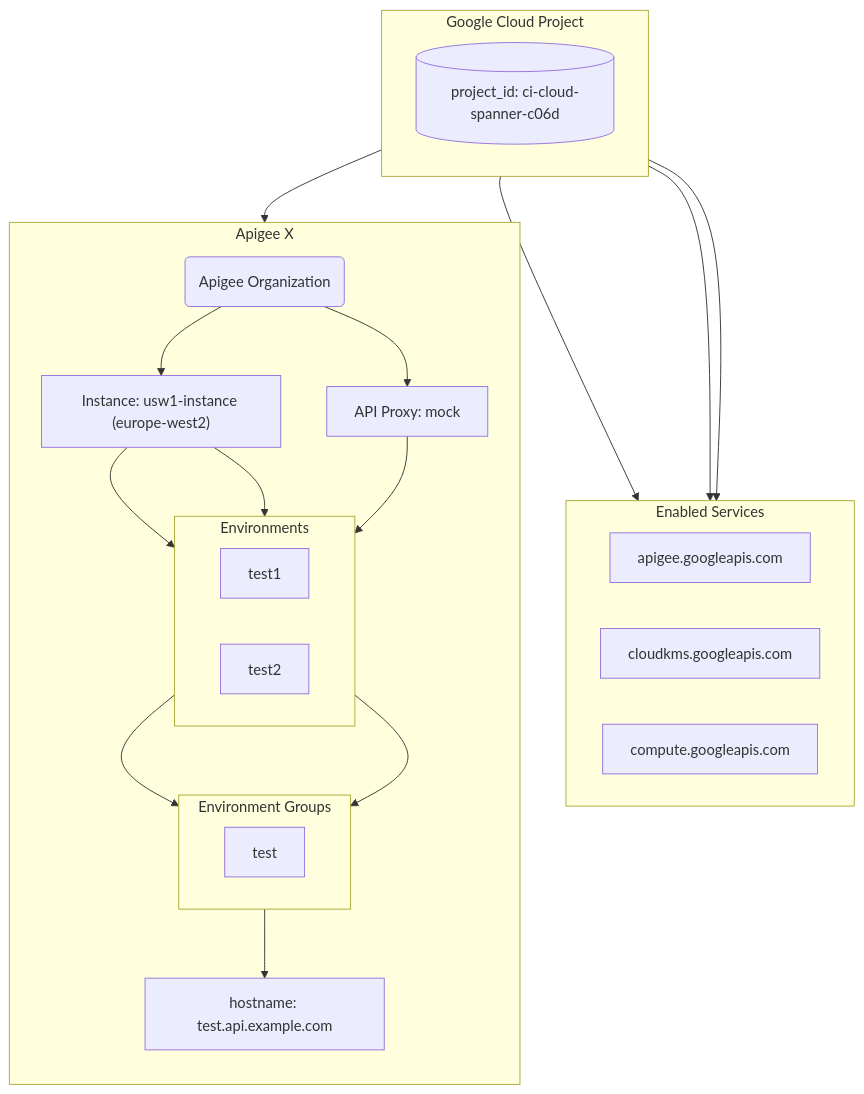
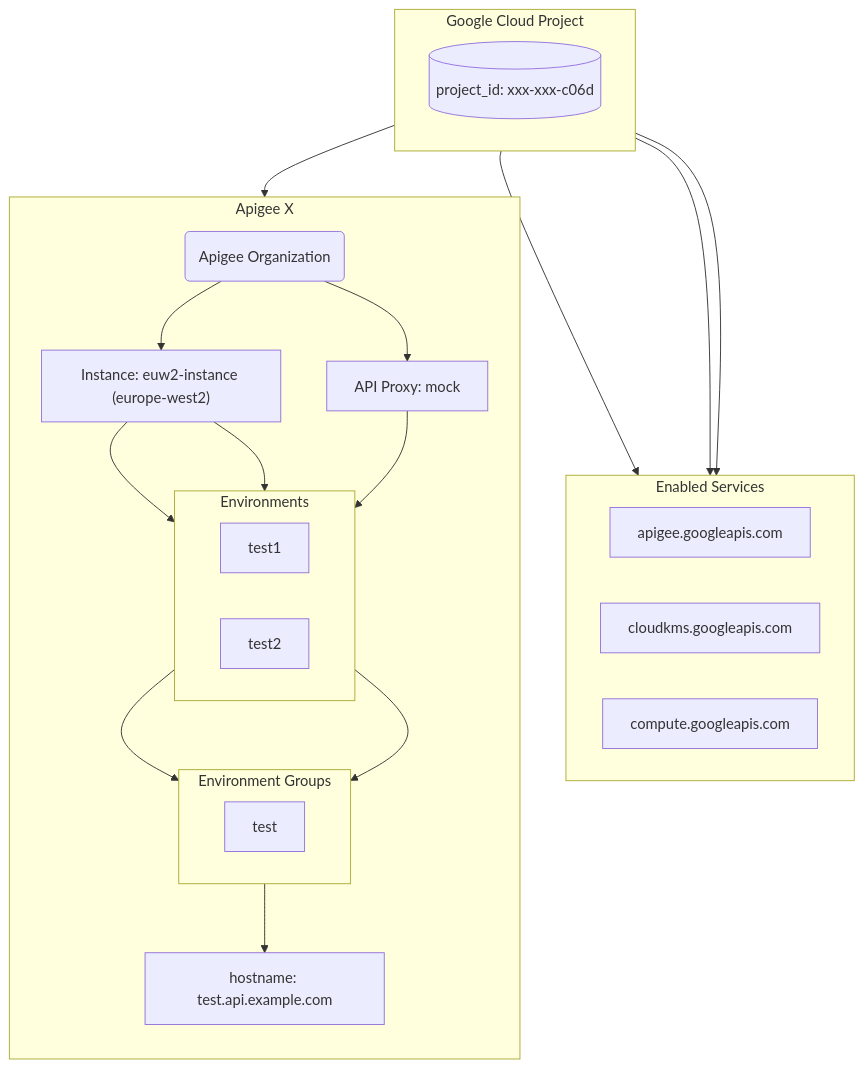
The diagram in 0_pre_run/README.md (anaik91/apigee-networking-sme), drawn with Mermaid before and after one commit. The commit also changed 1 other file, not shown here.

Commit message:
feat: updated 0_pre_run readme

````diff
--- a/0_pre_run/README.md
+++ b/0_pre_run/README.md
@@ -7,44 +7,44 @@
 ```mermaid
 graph TD
     subgraph "Google Cloud Project"
         direction LR
-        GCP_PROJECT[("project_id: ci-cloud-spanner-c06d")]
+        GCP_PROJECT[("project_id: xxx-xxx-c06d")]
     end
 
     subgraph "Enabled Services"
         direction LR
         SERVICE1[apigee.googleapis.com]
         SERVICE2[cloudkms.googleapis.com]
         SERVICE3[compute.googleapis.com]
     end
 
     subgraph "Apigee X"
         direction TB
         APIGEE_ORG("Apigee Organization")
-        APIGEE_INSTANCE["Instance: usw1-instance (europe-west2)"]
+        APIGEE_INSTANCE["Instance: euw2-instance (europe-west2)"]
         subgraph "Environments"
             direction LR
             ENV1["test1"]
             ENV2["test2"]
         end
         subgraph "Environment Groups"
             direction LR
             ENV_GROUP["test"]
         end
         HOSTNAME["hostname: test.api.example.com"]
         API_PROXY["API Proxy: mock"]
     end
 
     GCP_PROJECT --> SERVICE1
     GCP_PROJECT --> SERVICE2
     GCP_PROJECT --> SERVICE3
     GCP_PROJECT --> APIGEE_ORG
     APIGEE_ORG --> APIGEE_INSTANCE
     APIGEE_INSTANCE --> ENV1
     APIGEE_INSTANCE --> ENV2
     ENV1 --> ENV_GROUP
     ENV2 --> ENV_GROUP
     ENV_GROUP --> HOSTNAME
     APIGEE_ORG --> API_PROXY
     API_PROXY --> ENV1
 ```
````
